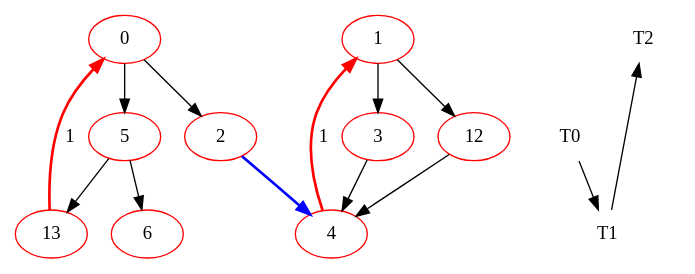
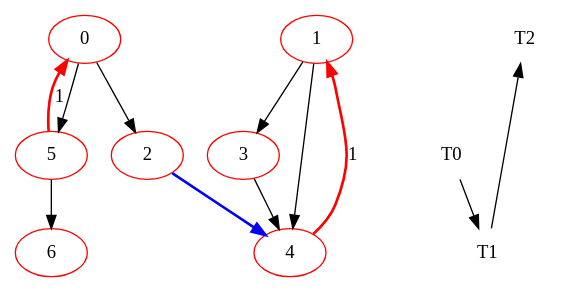
Before and after one commit to MPSLab-ASU/CCF-20.04: the diagram in benchmarks/Micro-benchmarks/simple_loop_1/CGRAExec/L1/Success_MS_DFG.dot, drawn with Graphviz. The commit also changed 87 other files, not shown here.

```diff
--- a/benchmarks/Micro-benchmarks/simple_loop_1/CGRAExec/L1/Success_MS_DFG.dot
+++ b/benchmarks/Micro-benchmarks/simple_loop_1/CGRAExec/L1/Success_MS_DFG.dot
@@ -1,50 +1,44 @@
 digraph Success_MS_ { 
 {
 0 [color=red ];
 
 1 [color=red ];
 
 2 [color=red ];
 
 3 [color=red ];
 
 4 [color=red ];
 
 5 [color=red ];
 
 6 [color=red ];
-
-12 [color=red ];
-
-13 [color=red ];
+5 -> 0 [style=bold, color=red, label=1] 
 4 -> 1 [style=bold, color=red, label=1] 
 0 -> 2
 1 -> 3
 2 -> 4 [style=bold, color=blue ]
 3 -> 4
+1 -> 4
 0 -> 5
 5 -> 6
-1 -> 12
-12 -> 4
-5 -> 13
-13 -> 0 [style=bold, color=red, label=1] 
 
 }
 
 {
  node [shape=plaintext]; 
  T0  -> T1 -> T2;
 }{ rank = same; 
-2; 3; 5; 12; T0;
+2; 3; 5; T0;
  }; 
 { rank = same; 
-4; 6; 13; T1;
+4; 6; T1;
  }; 
 { rank = same; 
 0; 1; T2;
  }; 
 { rank = same; 
 
  }; 
 
 }
```
